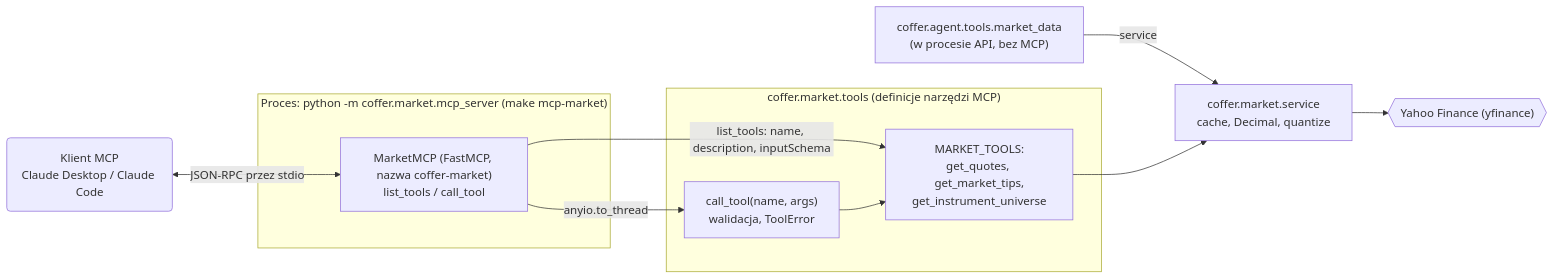
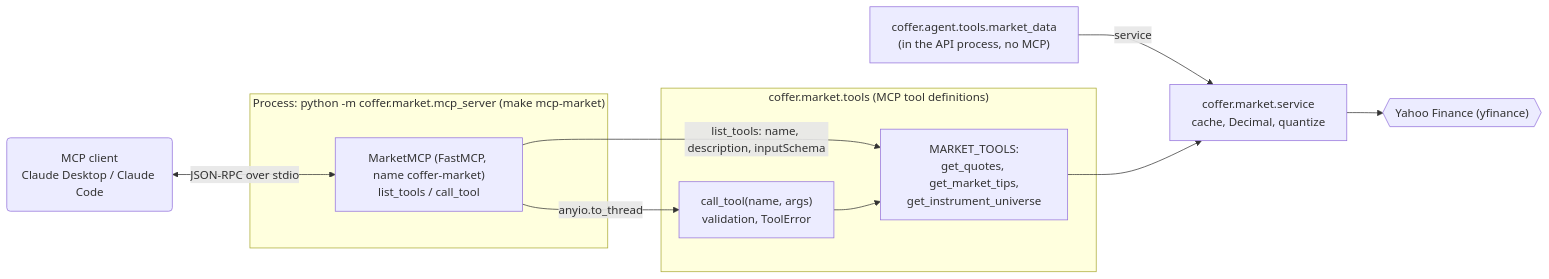
One commit to krzysztof-wojtowicz/coffer-demo changed the sixth of 8 diagrams in docs/architecture.md. Above: the diagram before and after it, drawn with Mermaid. The commit also changed other lines of this file and 147 other files, not shown here.

First line of the commit message:
Simplify Claude Code setup, move specs to OpenSpec, translate docs to English

````diff
--- a/docs/architecture.md
+++ b/docs/architecture.md
@@ -353,25 +376,25 @@
 ```mermaid
 flowchart LR
-    client("Klient MCP<br/>Claude Desktop / Claude Code")
+    client("MCP client<br/>Claude Desktop / Claude Code")
 
-    subgraph proc["Proces: python -m coffer.market.mcp_server (make mcp-market)"]
-        srv["MarketMCP (FastMCP, nazwa coffer-market)<br/>list_tools / call_tool"]
+    subgraph proc["Process: python -m coffer.market.mcp_server (make mcp-market)"]
+        srv["MarketMCP (FastMCP, name coffer-market)<br/>list_tools / call_tool"]
     end
 
-    subgraph shared["coffer.market.tools (definicje narzędzi MCP)"]
+    subgraph shared["coffer.market.tools (MCP tool definitions)"]
         tools["MARKET_TOOLS:<br/>get_quotes, get_market_tips,<br/>get_instrument_universe"]
-        calltool["call_tool(name, args)<br/>walidacja, ToolError"]
+        calltool["call_tool(name, args)<br/>validation, ToolError"]
     end
 
     svc["coffer.market.service<br/>cache, Decimal, quantize"]
     yahoo3{{"Yahoo Finance (yfinance)"}}
-    agenttools["coffer.agent.tools.market_data<br/>(w procesie API, bez MCP)"]
+    agenttools["coffer.agent.tools.market_data<br/>(in the API process, no MCP)"]
 
-    client <-->|"JSON-RPC przez stdio"| srv
+    client <-->|"JSON-RPC over stdio"| srv
     srv -->|"list_tools: name, description, inputSchema"| tools
     srv -->|"anyio.to_thread"| calltool
     agenttools -->|"service"| svc
     calltool --> tools
     tools --> svc
     svc --> yahoo3
 ```
````
